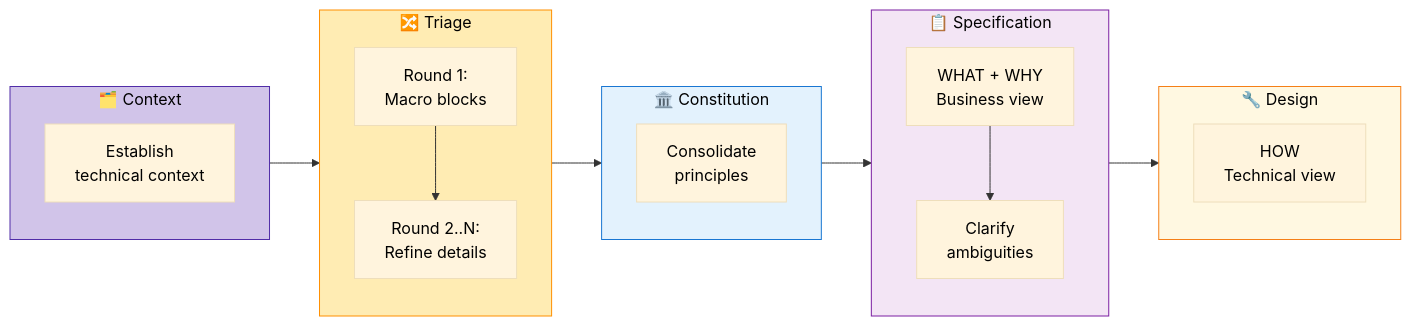
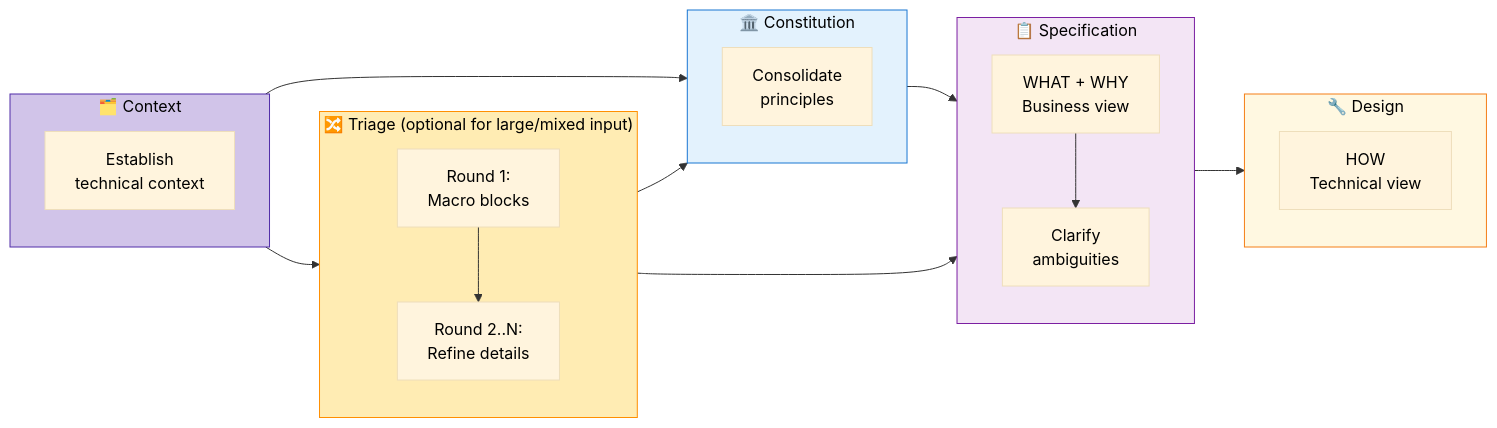
Before and after one commit to Trindade11/Spec-Orchestrator: the third of 8 diagrams in .specify/docs/sdp-pdca.md, drawn with Mermaid. The commit also changed other lines of this file and 36 other files, not shown here.

````diff
--- a/.specify/docs/sdp-pdca.md
+++ b/.specify/docs/sdp-pdca.md
@@ -116,35 +122,41 @@
 ```mermaid
 %%{init: {'theme': 'base', 'themeVariables': { 'primaryTextColor': '#000', 'secondaryTextColor': '#000', 'tertiaryTextColor': '#000', 'lineColor': '#333'}}}%%
 flowchart LR
     subgraph Context["🗂️ Context"]
         CTX[Establish<br/>technical context]
     end
     
-    subgraph Triage["🔀 Triage"]
+    subgraph Triage["🔀 Triage (optional for large/mixed input)"]
         T1[Round 1:<br/>Macro blocks]
         T2[Round 2..N:<br/>Refine details]
         T1 --> T2
     end
     
     subgraph Constitution["🏛️ Constitution"]
         CO[Consolidate<br/>principles]
     end
     
     subgraph Specification["📋 Specification"]
         SP[WHAT + WHY<br/>Business view]
         CL[Clarify<br/>ambiguities]
         SP --> CL
     end
     
     subgraph Design["🔧 Design"]
         PL[HOW<br/>Technical view]
     end
     
-    Context --> Triage --> Constitution --> Specification --> Design
+    %% Default PLAN flow
+    Context --> Constitution --> Specification --> Design
+
+    %% Optional triage support when needed
+    Context --> Triage
+    Triage --> Constitution
+    Triage --> Specification
     
     style Context fill:#d1c4e9,stroke:#512da8,color:#000
     style Triage fill:#ffecb3,stroke:#ff8f00,color:#000
     style Constitution fill:#e3f2fd,stroke:#1976d2,color:#000
     style Specification fill:#f3e5f5,stroke:#7b1fa2,color:#000
     style Design fill:#fff8e1,stroke:#f57f17,color:#000
 ```
````
